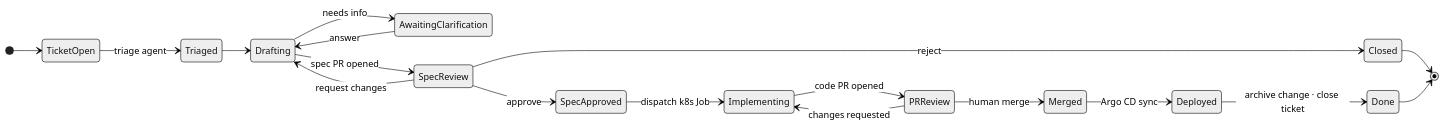
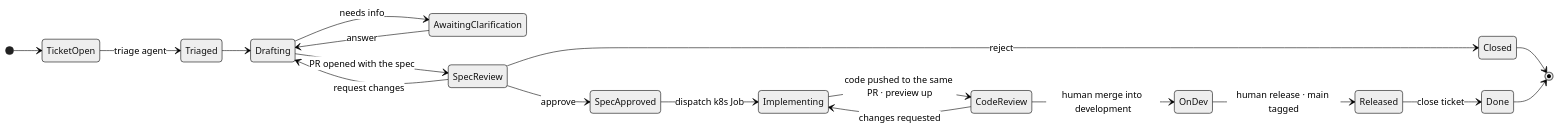
The third of 4 diagrams in README.md (ulshv/AI-Native-SDLC), drawn with Mermaid (neutral theme) before and after one commit. The commit also changed other lines of this file and 4 other files, not shown here.

Commit message:
docs: branches and environments for the delivery loop, roadmap reordered, decisions D17-D20

````diff
--- a/README.md
+++ b/README.md
@@ -163,21 +163,21 @@
 ```mermaid
 stateDiagram-v2
     direction LR
     [*] --> TicketOpen
     TicketOpen --> Triaged: triage agent
     Triaged --> Drafting
     Drafting --> AwaitingClarification: needs info
     AwaitingClarification --> Drafting: answer
-    Drafting --> SpecReview: spec PR opened
+    Drafting --> SpecReview: PR opened with the spec
     SpecReview --> Drafting: request changes
     SpecReview --> Closed: reject
     SpecReview --> SpecApproved: approve
     SpecApproved --> Implementing: dispatch k8s Job
-    Implementing --> PRReview: code PR opened
-    PRReview --> Implementing: changes requested
-    PRReview --> Merged: human merge
-    Merged --> Deployed: Argo CD sync
-    Deployed --> Done: archive change · close ticket
+    Implementing --> CodeReview: code pushed to the same PR · preview up
+    CodeReview --> Implementing: changes requested
+    CodeReview --> OnDev: human merge into development
+    OnDev --> Released: human release · main tagged
+    Released --> Done: close ticket
     Closed --> [*]
     Done --> [*]
 ```
````
